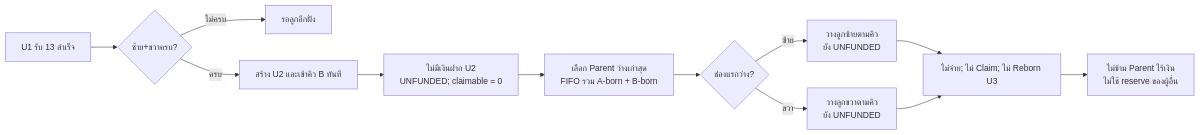
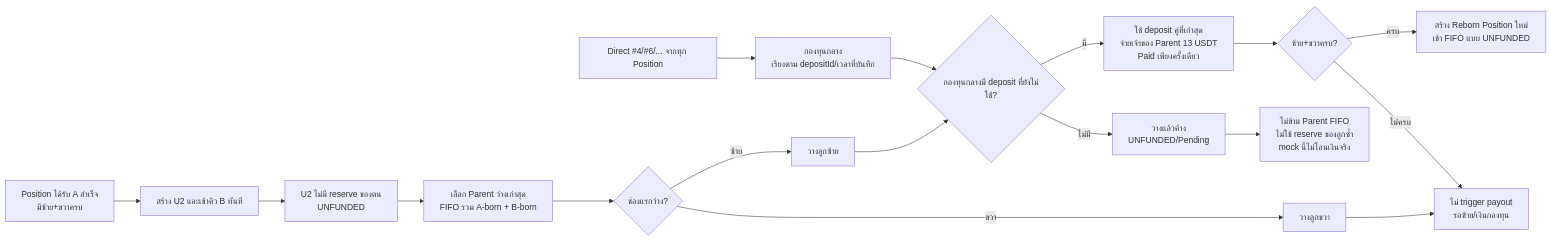
One commit to jamesbx999/13vt.com changed the diagram in examples/unfunded-fifo/fifo-unfunded.mmd. Above: the diagram before and after it, drawn with Mermaid. The commit also changed 7 other files, not shown here.

```diff
--- a/examples/unfunded-fifo/fifo-unfunded.mmd
+++ b/examples/unfunded-fifo/fifo-unfunded.mmd
@@ -1,12 +1,17 @@
 flowchart LR
-  U1[U1 รับ 13 สำเร็จ] --> BOTH{ซ้าย+ขวาครบ?}
-  BOTH -- ไม่ครบ --> WAIT[รอลูกอีกฝั่ง]
-  BOTH -- ครบ --> U2[สร้าง U2 และเข้าคิว B ทันที]
-  U2 --> NOFUNDS[ไม่มีเงินฝาก U2<br/>UNFUNDED; claimable = 0]
+  A[Direct #4/#6/... จากทุก Position] --> POOL[กองทุนกลาง<br/>เรียงตาม depositId/เวลาที่บันทึก]
+  U1[Position ได้รับ A สำเร็จ<br/>มีซ้าย+ขวาครบ] --> U2[สร้าง U2 และเข้าคิว B ทันที]
+  U2 --> NOFUNDS[U2 ไม่มี reserve ของตน<br/>UNFUNDED]
   NOFUNDS --> FIFO[เลือก Parent ว่างเก่าสุด<br/>FIFO รวม A-born + B-born]
   FIFO --> SLOT{ช่องแรกว่าง?}
-  SLOT -- ซ้าย --> L[วางลูกซ้ายตามคิว<br/>ยัง UNFUNDED]
-  SLOT -- ขวา --> R[วางลูกขวาตามคิว<br/>ยัง UNFUNDED]
-  L --> HOLD[ไม่จ่าย; ไม่ Claim; ไม่ Reborn U3]
-  R --> HOLD
-  HOLD --> SAFETY[ไม่ข้าม Parent ไร้เงิน<br/>ไม่ใช้ reserve ของผู้อื่น]
+  SLOT -- ซ้าย --> L[วางลูกซ้าย]
+  SLOT -- ขวา --> R[วางลูกขวา]
+  L --> HAS{กองทุนกลางมี deposit ที่ยังไม่ใช้?}
+  HAS -- มี --> PAY[ใช้ deposit คู่ที่เก่าสุด<br/>จ่ายเจ้าของ Parent 13 USDT<br/>Paid เพียงครั้งเดียว]
+  HAS -- ไม่มี --> HOLD[วางแล้วค้าง<br/>UNFUNDED/Pending]
+  R --> WAIT[ไม่ trigger payout<br/>รอซ้าย/เงินกองทุน]
+  PAY --> BOTH{ซ้าย+ขวาครบ?}
+  BOTH -- ครบ --> NEXT[สร้าง Reborn Position ใหม่<br/>เข้า FIFO แบบ UNFUNDED]
+  BOTH -- ไม่ครบ --> WAIT
+  HOLD --> SAFETY[ไม่ข้าม Parent FIFO<br/>ไม่ใช้ reserve ของลูกซ้ำ<br/>mock นี้ไม่โอนเงินจริง]
+  POOL --> HAS
```
